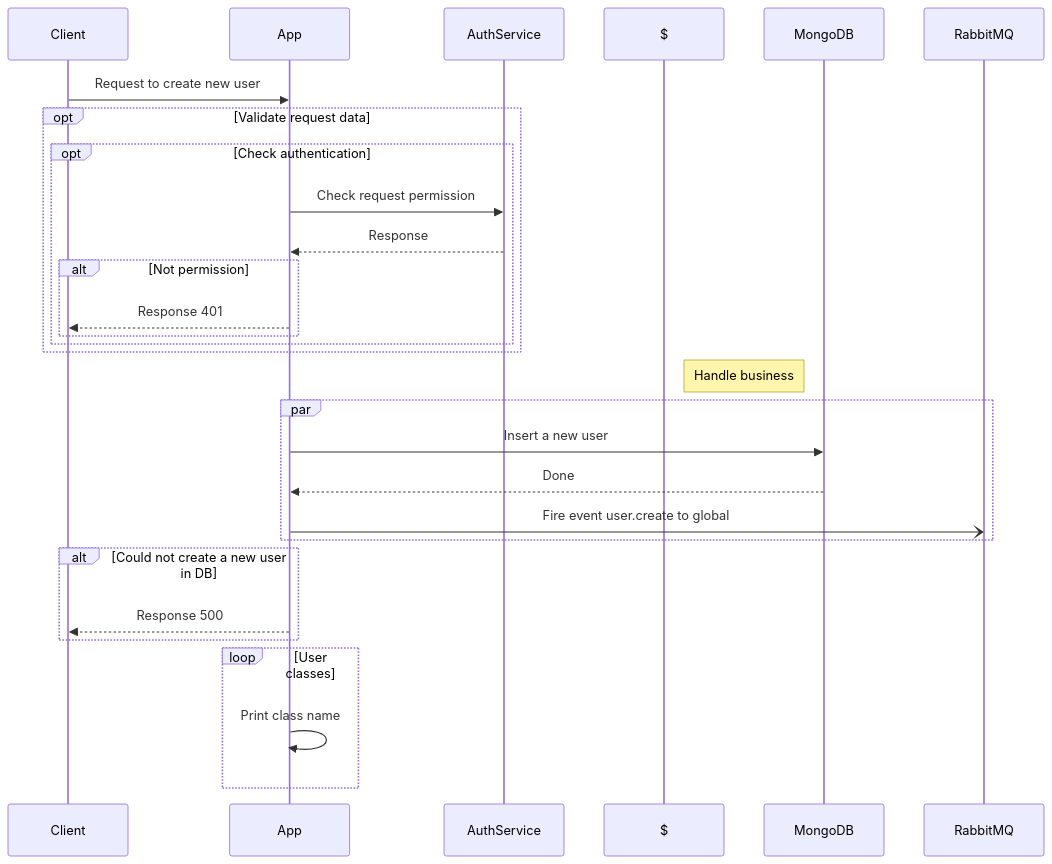
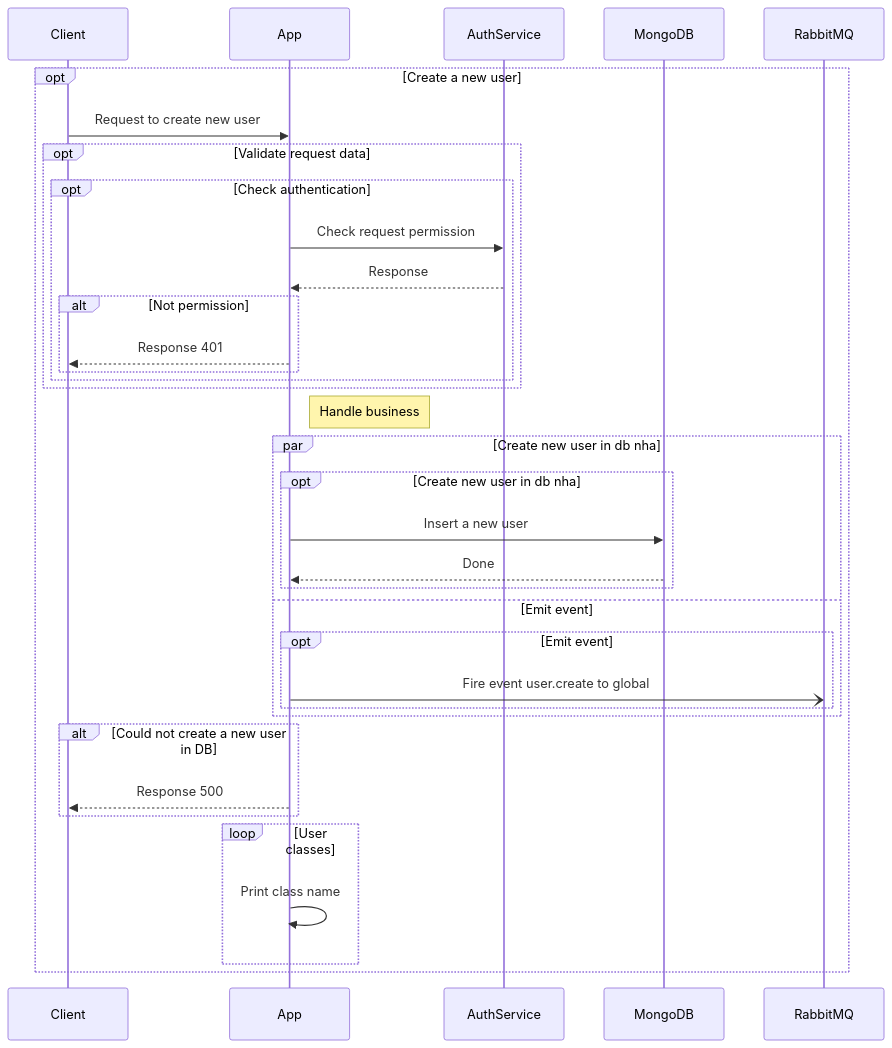
One commit to doanthuanthanh88/yas-sequence-diagram changed the diagram in test/resources/result/Create a new user.md. Above: the diagram before and after it, drawn with Mermaid. The commit also changed 14 other files, not shown here.

````diff
--- a/test/resources/result/Create a new user.md
+++ b/test/resources/result/Create a new user.md
@@ -2,32 +2,39 @@
 ```mermaid
 sequenceDiagram
 
-%% [] Create a new user
+%% []
+OPT Create a new user
 Client ->> App: Request to create new user
 OPT Validate request data
-  %% [UserController.validateRequest] 
-  %% [AuthService.checkAuth] 
+  %% [UserController.validateRequest]
+  %% [AuthService.checkAuth]
   OPT Check authentication
     App ->> AuthService: Check request permission
     AuthService -->> App: Response
     ALT Not permission
       App -->> Client: Response 401
     END
   END
 END
-NOTE RIGHT OF $: Handle business
-%% [UserService.createNewUser] 
-PAR 
-  %% [UserService.createUserInDB] 
+NOTE RIGHT OF App: Handle business
+%% [UserService.createNewUser]
+PAR Create new user in db nha
+  %% [UserService.createUserInDB]
+  OPT Create new user in db nha
   App ->> MongoDB: Insert a new user
   MongoDB -->> App: Done
-  %% [UserService.emitCreateUserEvent] 
+  END
+AND Emit event
+  %% [UserService.emitCreateUserEvent]
+  OPT Emit event
   App -) RabbitMQ: Fire event user.create to global
+  END
 END
 ALT Could not create a new user in DB
   App -->> Client: Response 500
 END
 LOOP User classes
   App ->> App: Print class name
 END
+END
 ```
````
